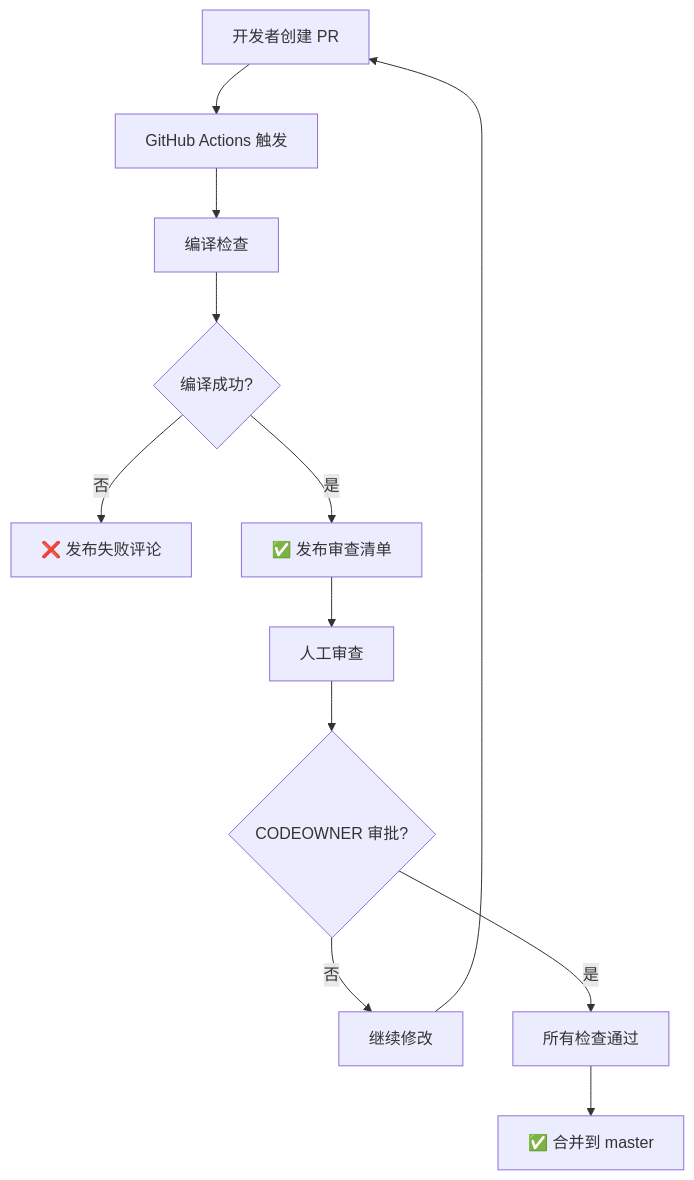
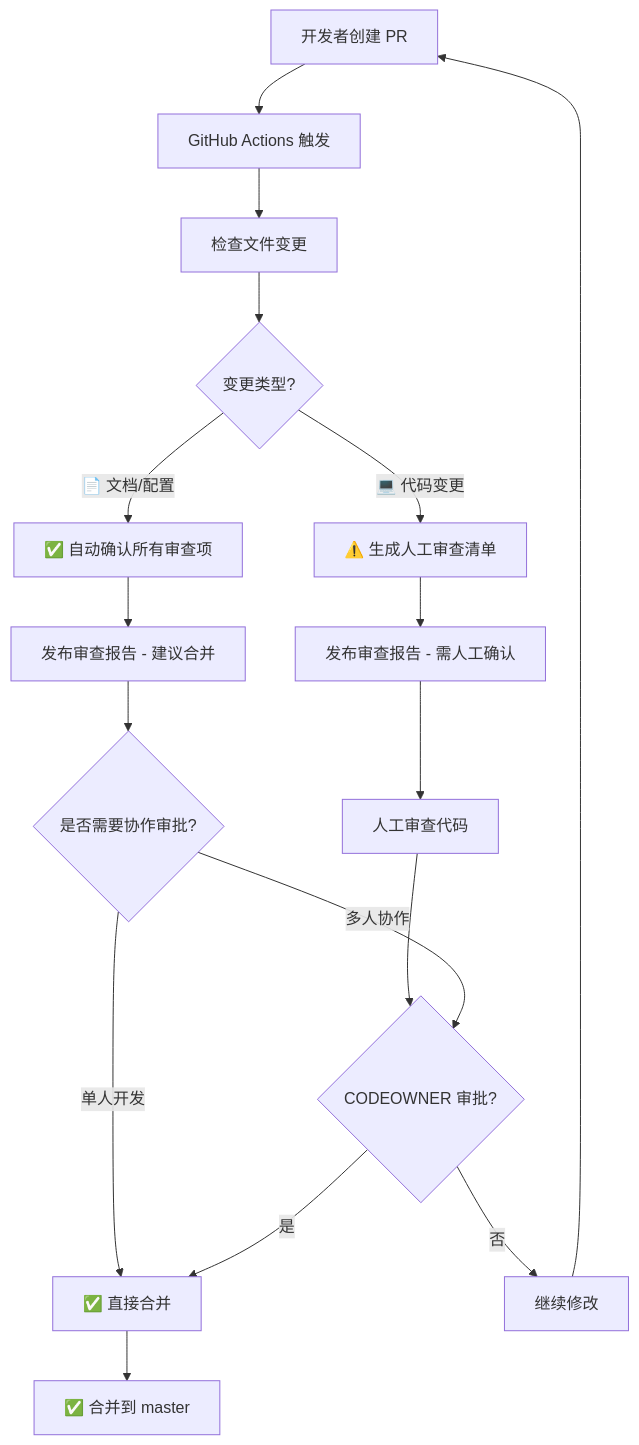
One commit to shouqitao/LYBTZYZS changed the diagram in docs/development/github-automation-setup.md. Above: the diagram before and after it, drawn with Mermaid. The commit also changed other lines of this file, not shown here.

````diff
--- a/docs/development/github-automation-setup.md
+++ b/docs/development/github-automation-setup.md
@@ -101,14 +190,19 @@
 ```mermaid
 graph TD
     A[开发者创建 PR] --> B[GitHub Actions 触发]
-    B --> C[编译检查]
-    C --> D{编译成功?}
-    D -->|否| E[❌ 发布失败评论]
-    D -->|是| F[✅ 发布审查清单]
-    F --> G[人工审查]
-    G --> H{CODEOWNER 审批?}
-    H -->|否| I[继续修改]
-    I --> A
-    H -->|是| J[所有检查通过]
-    J --> K[✅ 合并到 master]
+    B --> C[检查文件变更]
+    C --> D{变更类型?}
+    D -->|📄 文档/配置| E[✅ 自动确认所有审查项]
+    D -->|💻 代码变更| F[⚠️ 生成人工审查清单]
+    E --> G[发布审查报告 - 建议合并]
+    F --> H[发布审查报告 - 需人工确认]
+    G --> I{是否需要协作审批?}
+    H --> J[人工审查代码]
+    J --> K{CODEOWNER 审批?}
+    I -->|单人开发| L[✅ 直接合并]
+    I -->|多人协作| K
+    K -->|否| M[继续修改]
+    M --> A
+    K -->|是| L
+    L --> N[✅ 合并到 master]
 ```
````
